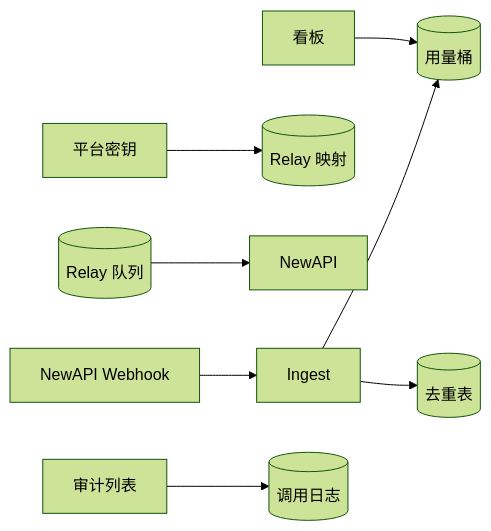
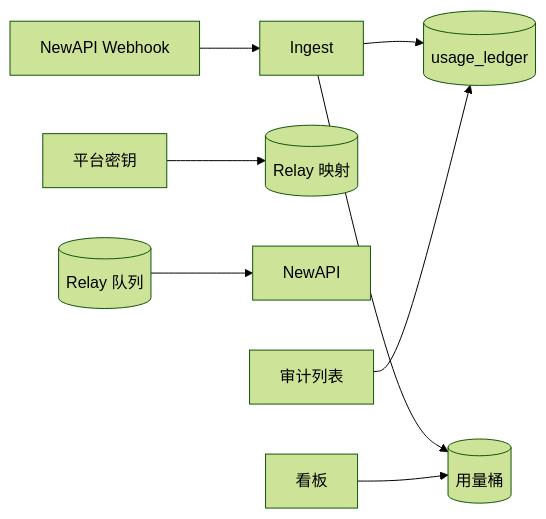
One commit to quyip8818/mytokenjoy changed diagram 19 of 21 in docs/Backend-存储架构.md. Above: the diagram before and after it, drawn with Mermaid (forest theme). The commit also changed other lines of this file and 5 other files, not shown here.

````diff
--- a/docs/Backend-存储架构.md
+++ b/docs/Backend-存储架构.md
@@ -571,10 +572,10 @@
 ```mermaid
 flowchart LR
   WH[NewAPI Webhook] --> ING[Ingest]
+  ING --> UL[(usage_ledger)]
   ING --> UB[(用量桶)]
-  ING --> DEDUP[(去重表)]
   PK[平台密钥] --> RM[(Relay 映射)]
   OUTBOX[(Relay 队列)] --> NA[NewAPI]
   DASH[看板] --> UB
-  AUDIT[审计列表] --> CL[(调用日志)]
+  AUDIT[审计列表] --> UL
 ```
````
